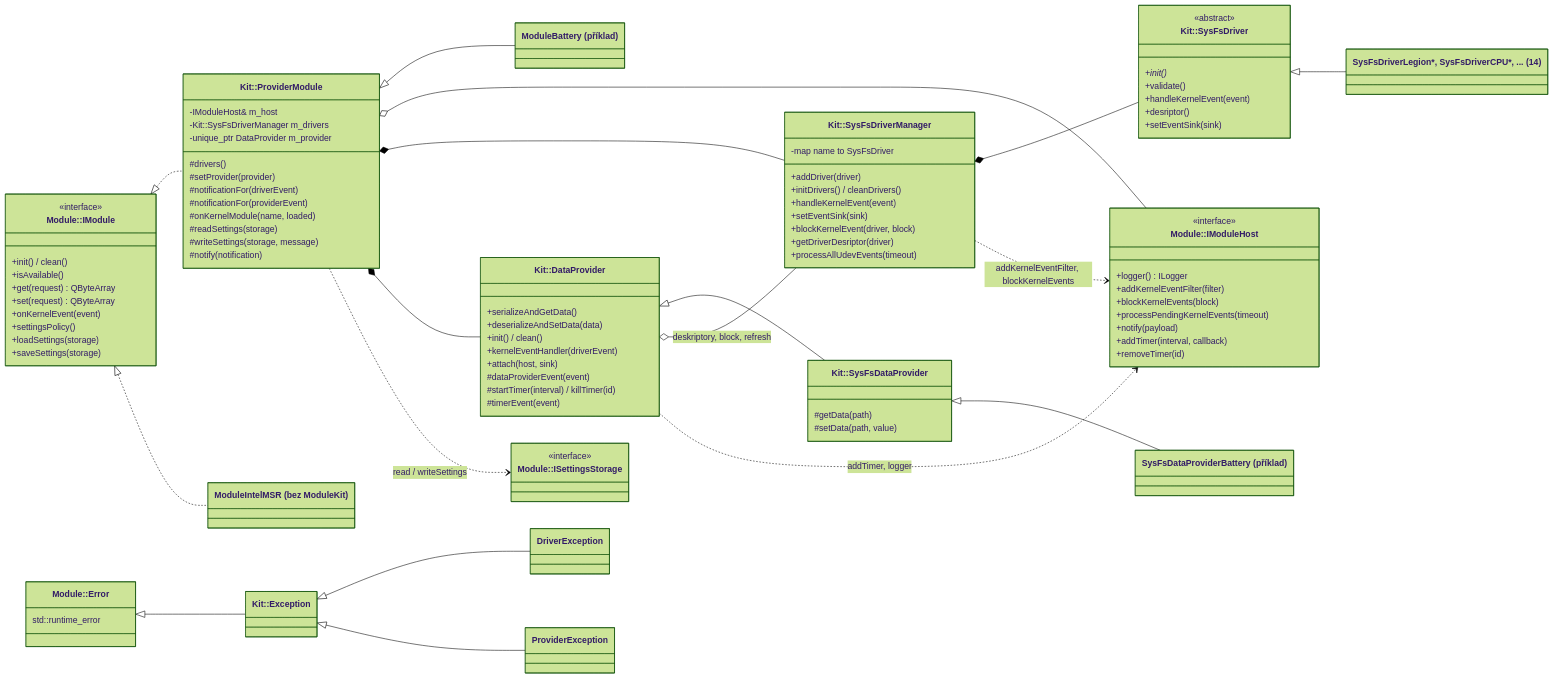
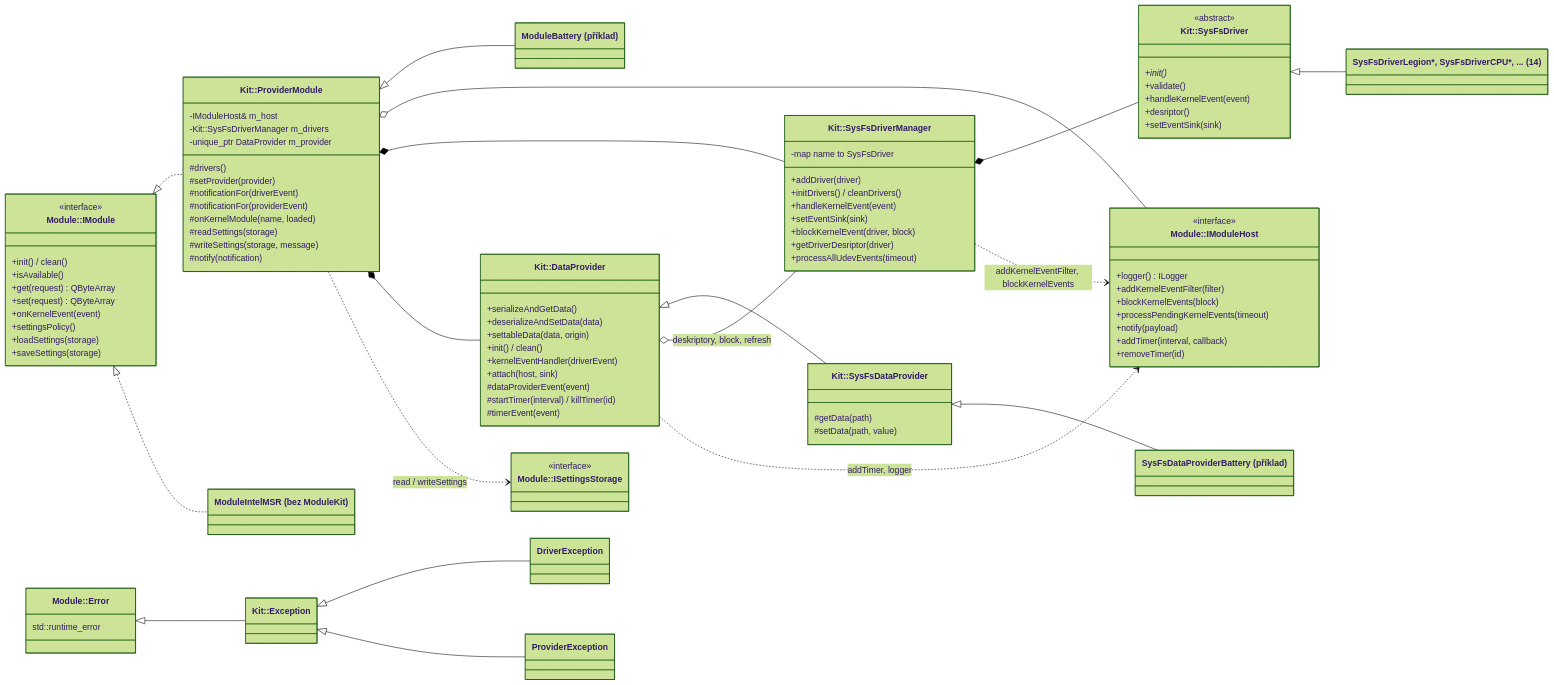
Before and after one commit to bolekjar/lenovo-legion-linux-toolkit: the second of 7 diagrams in LenovoLegion/LenovoLegion-Daemon/ModulesDesign.md, drawn with Mermaid (forest theme). The commit also changed other lines of this file and 40 other files, not shown here.

```diff
--- a/LenovoLegion/LenovoLegion-Daemon/ModulesDesign.md
+++ b/LenovoLegion/LenovoLegion-Daemon/ModulesDesign.md
@@ -769,6 +769,7 @@
     class KitDataProvider["Kit::DataProvider"] {
         +serializeAndGetData()
         +deserializeAndSetData(data)
+        +settableData(data, origin)
         +init() / clean()
         +kernelEventHandler(driverEvent)
         +attach(host, sink)
```
